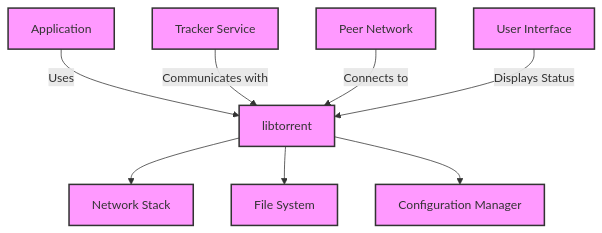
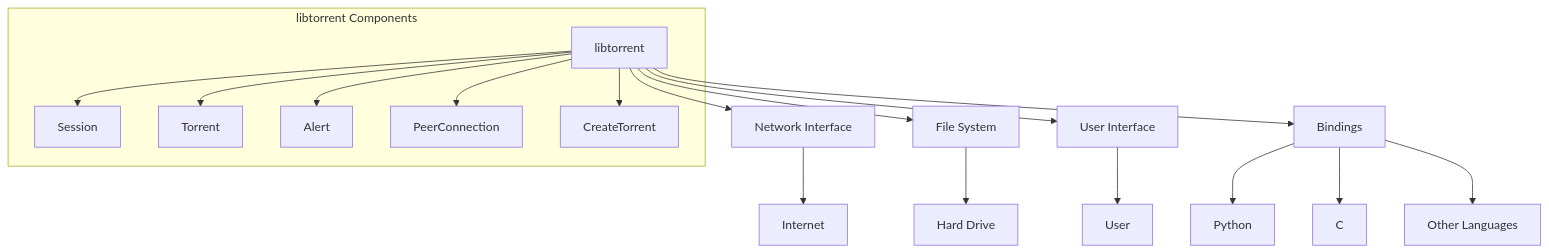
Before and after one commit to procrash/mkdocs_on_steroids: the diagram in docs/generated/modules/libtorrent.md, drawn with Mermaid. The commit also changed other lines of this file and 205 other files, not shown here.

````diff
--- a/docs/generated/modules/libtorrent.md
+++ b/docs/generated/modules/libtorrent.md
@@ -120,15 +60,22 @@
 ```mermaid
 graph TD
-    A[Application] -->|Uses| B[libtorrent]
-    B --> C[Network Stack]
-    B --> D[File System]
-    B --> E[Configuration Manager]
-    F[Tracker Service] -->|Communicates with| B
-    G[Peer Network] -->|Connects to| B
-    H[User Interface] -->|Displays Status| B
+    A[libtorrent] --> B[Network Interface]
+    A --> C[File System]
+    A --> D[User Interface]
+    B --> E[Internet]
+    C --> F[Hard Drive]
+    D --> G[User]
     
-    classDef module fill:#f9f,stroke:#333,stroke-width:2px;
-    classDef external fill:#ccf,stroke:#666,stroke-width:1.5px;
+    A --> H[Bindings]
+    H --> I[Python]
+    H --> J[C]
+    H --> K[Other Languages]
     
-    class A,B,C,D,E,F,G,H module
+    subgraph libtorrent Components
+        A --> M[Session]
+        A --> N[Torrent]
+        A --> O[Alert]
+        A --> P[PeerConnection]
+        A --> Q[CreateTorrent]
+    end
 ```
````
